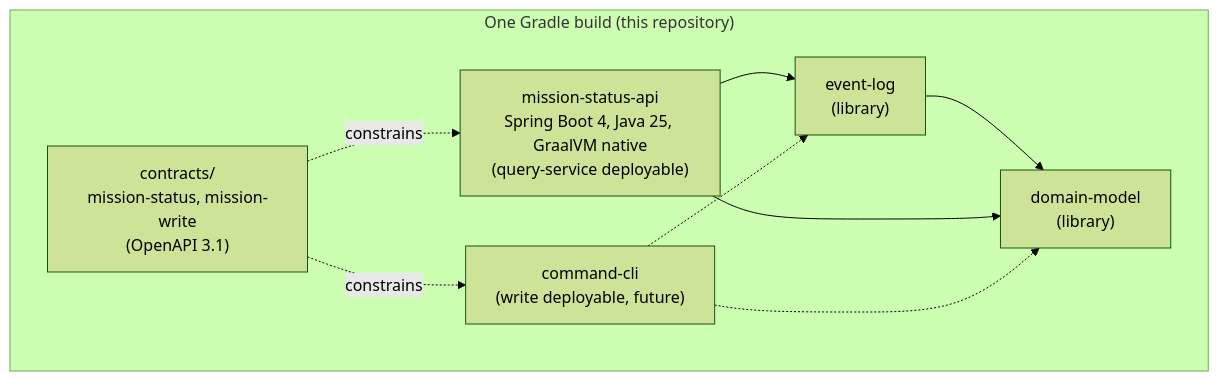
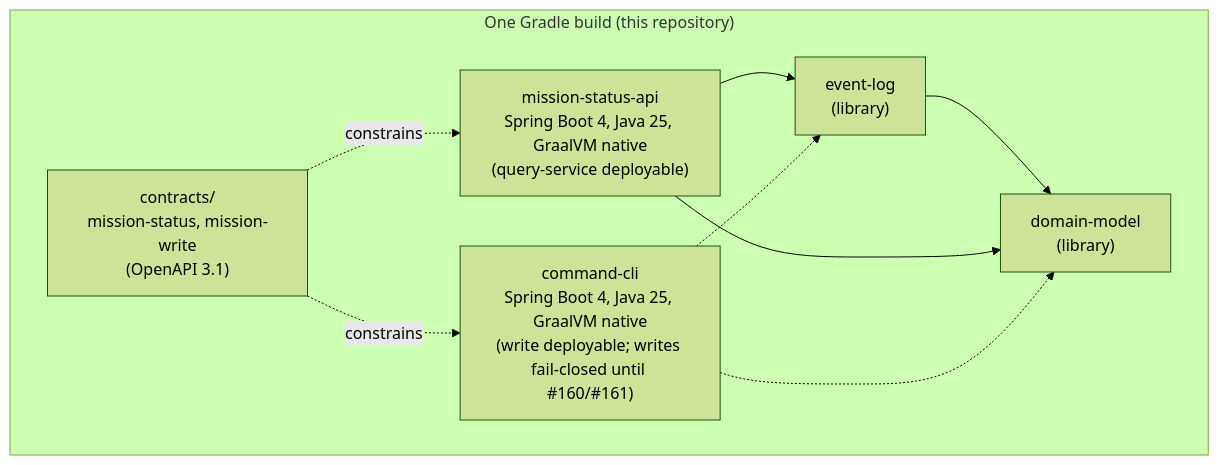
One commit to spec-kitty/spec-kitty-events changed the second of 3 diagrams in docs/architecture/services/overview.md. Above: the diagram before and after it, drawn with Mermaid (forest theme). The commit also changed other lines of this file and 14 other files, not shown here.

First line of the commit message:
docs(command-cli): settle the contract and document the write service (#156)

````diff
--- a/docs/architecture/services/overview.md
+++ b/docs/architecture/services/overview.md
@@ -75,16 +81,16 @@
 ```mermaid
 flowchart TB
   subgraph build["One Gradle build (this repository)"]
     contracts["contracts/<br/>mission-status, mission-write<br/>(OpenAPI 3.1)"]
     msa["mission-status-api<br/>Spring Boot 4, Java 25, GraalVM native<br/>(query-service deployable)"]
-    cmd["command-cli<br/>(write deployable, future)"]
+    cmd["command-cli<br/>Spring Boot 4, Java 25, GraalVM native<br/>(write deployable; writes fail-closed until #160/#161)"]
     dm["domain-model<br/>(library)"]
     el["event-log<br/>(library)"]
   end
   msa --> el --> dm
   msa --> dm
   cmd -.-> el
   cmd -.-> dm
   contracts -. constrains .-> msa
   contracts -. constrains .-> cmd
 ```
````
